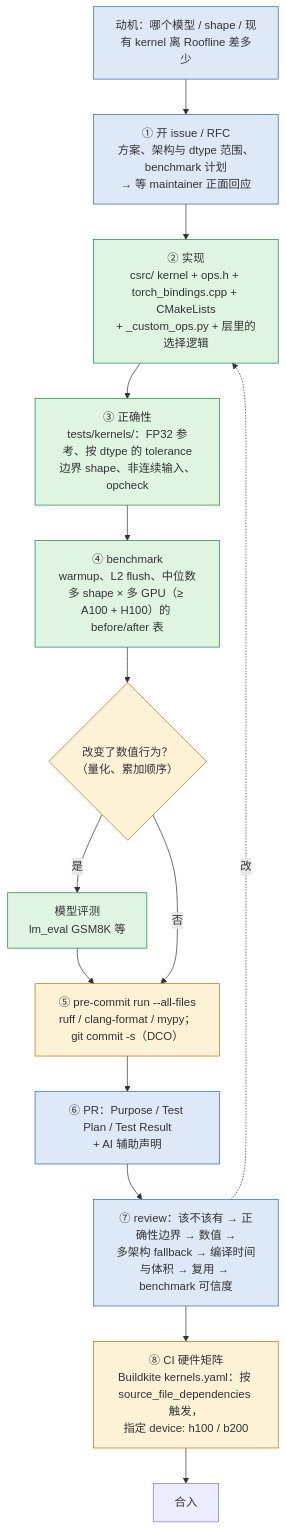
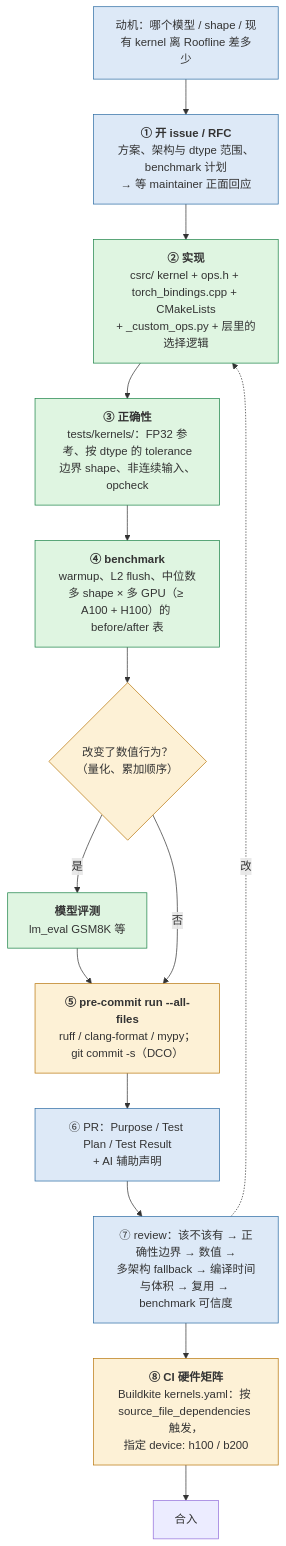
The fifth of 5 diagrams in _posts/2026-05-20-kernel-profiling-testing-and-contribution.md (arganzheng/arganzheng.github.com), drawn with Mermaid before and after one commit. The commit also changed other lines of this file and 10 other files, not shown here.

First line of the commit message:
GPU Kernel 工程：从 CUDA 执行模型到 FlashAttention：Mermaid 多行方框的首行标为标题（11 篇）

````diff
--- a/_posts/2026-05-20-kernel-profiling-testing-and-contribution.md
+++ b/_posts/2026-05-20-kernel-profiling-testing-and-contribution.md
@@ -1161,29 +1161,29 @@
 ```mermaid
 %% 图：一个 kernel PR 的完整流程：RFC → 实现 → 正确性测试 → benchmark → 数值行为变了则模型评测 → lint → review
 flowchart TB
     idea["动机：哪个模型 / shape / 现有 kernel 离 Roofline 差多少"]
-    rfc["① 开 issue / RFC<br/>方案、架构与 dtype 范围、benchmark 计划<br/>→ 等 maintainer 正面回应"]
-    impl["② 实现<br/>csrc/ kernel + ops.h + torch_bindings.cpp + CMakeLists<br/>+ _custom_ops.py + 层里的选择逻辑"]
-    test["③ 正确性<br/>tests/kernels/：FP32 参考、按 dtype 的 tolerance<br/>边界 shape、非连续输入、opcheck"]
-    bench["④ benchmark<br/>warmup、L2 flush、中位数<br/>多 shape × 多 GPU（≥ A100 + H100）的 before/after 表"]
+    rfc["<b>① 开 issue / RFC</b><br/>方案、架构与 dtype 范围、benchmark 计划<br/>→ 等 maintainer 正面回应"]
+    impl["<b>② 实现</b><br/>csrc/ kernel + ops.h + torch_bindings.cpp + CMakeLists<br/>+ _custom_ops.py + 层里的选择逻辑"]
+    test["<b>③ 正确性</b><br/>tests/kernels/：FP32 参考、按 dtype 的 tolerance<br/>边界 shape、非连续输入、opcheck"]
+    bench["<b>④ benchmark</b><br/>warmup、L2 flush、中位数<br/>多 shape × 多 GPU（≥ A100 + H100）的 before/after 表"]
     eval{"改变了数值行为？<br/>（量化、累加顺序）"}
-    lmeval["模型评测<br/>lm_eval GSM8K 等"]
-    lint["⑤ pre-commit run --all-files<br/>ruff / clang-format / mypy；git commit -s（DCO）"]
+    lmeval["<b>模型评测</b><br/>lm_eval GSM8K 等"]
+    lint["<b>⑤ pre-commit run --all-files</b><br/>ruff / clang-format / mypy；git commit -s（DCO）"]
     pr["⑥ PR：Purpose / Test Plan / Test Result<br/>+ AI 辅助声明"]
     review["⑦ review：该不该有 → 正确性边界 → 数值 →<br/>多架构 fallback → 编译时间与体积 → 复用 → benchmark 可信度"]
-    ci["⑧ CI 硬件矩阵<br/>Buildkite kernels.yaml：按 source_file_dependencies 触发，<br/>指定 device: h100 / b200"]
+    ci["<b>⑧ CI 硬件矩阵</b><br/>Buildkite kernels.yaml：按 source_file_dependencies 触发，<br/>指定 device: h100 / b200"]
     merge["合入"]
 
     idea --> rfc --> impl --> test --> bench --> eval
     eval -- "是" --> lmeval --> lint
     eval -- "否" --> lint
     lint --> pr --> review --> ci --> merge
     review -. "改" .-> impl
 
     classDef talk fill:#dde9f7,stroke:#2e6da4
     classDef code fill:#dff5e1,stroke:#1e8449
     classDef gate fill:#fdf1d6,stroke:#b9770e
     class idea,rfc,pr,review talk
     class impl,test,bench,lmeval code
     class lint,ci,eval gate
 ```
````
